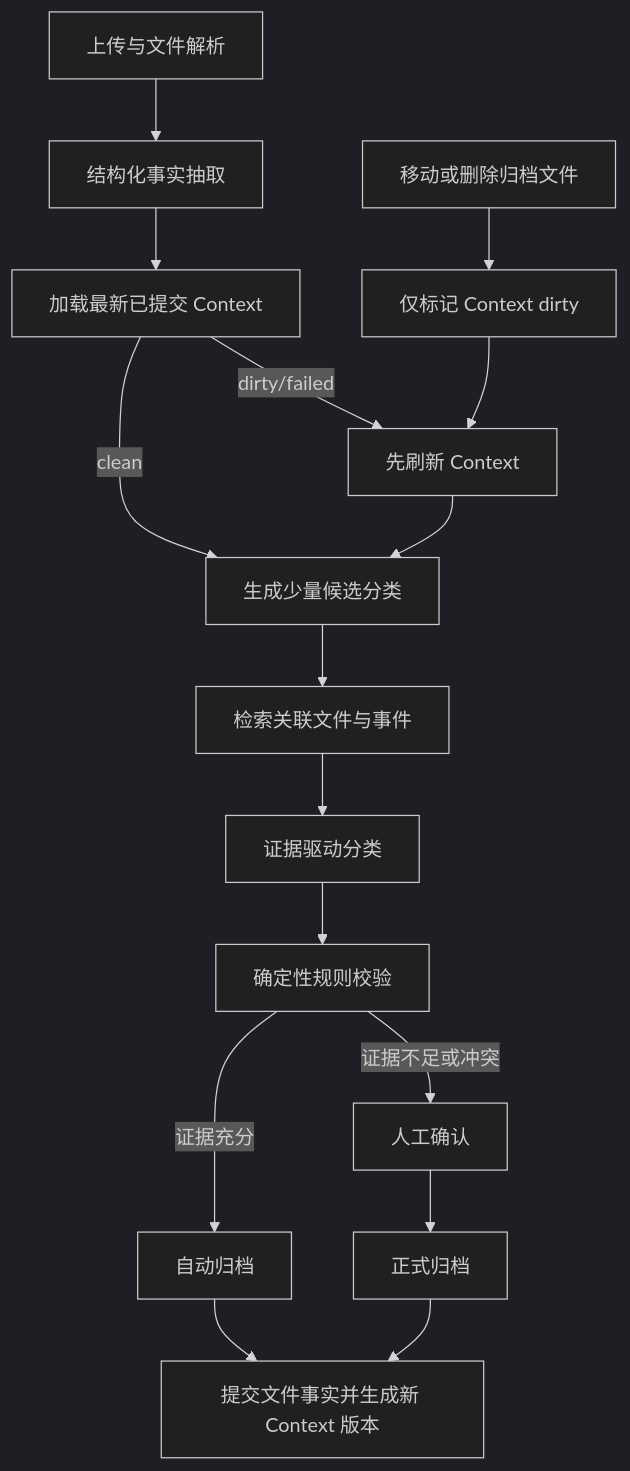
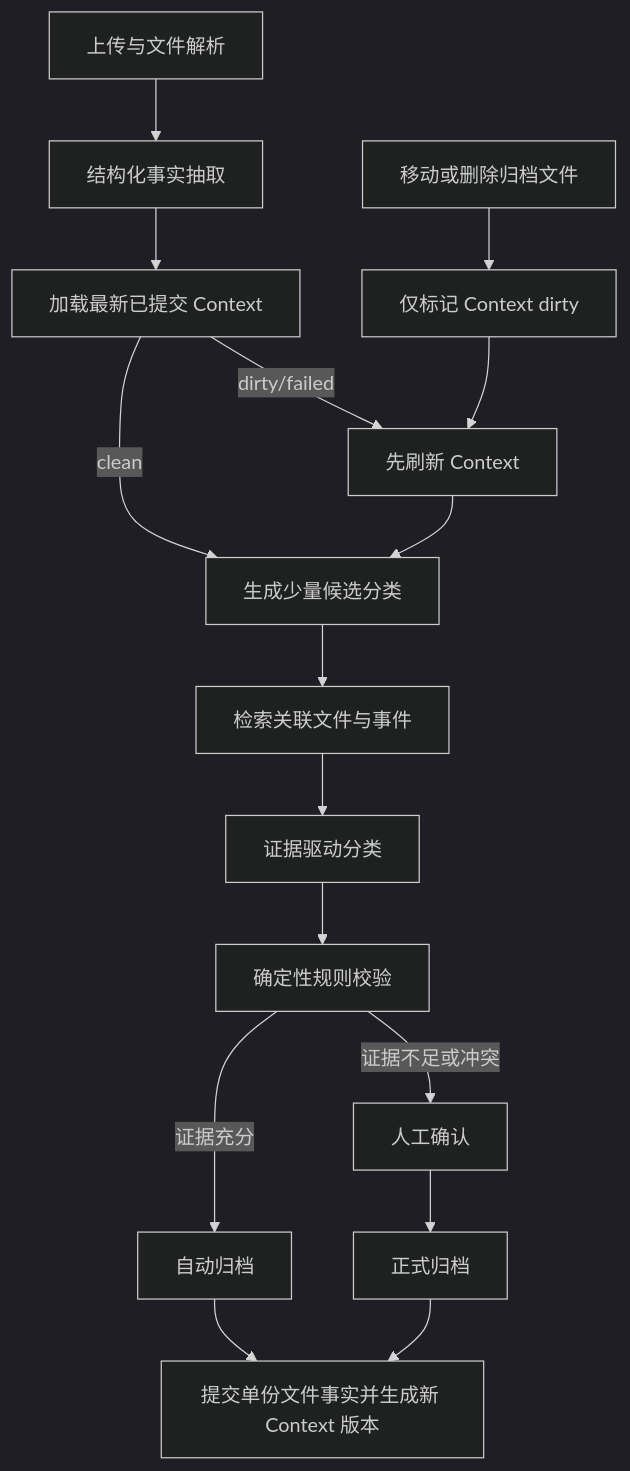
One commit to MichaelTQ/Investment-Project-File-Management-System changed the diagram in NEXT_STAGE_AGENT_IMPLEMENTATION_PLAN.md. Above: the diagram before and after it, drawn with Mermaid (dark theme). The commit also changed other lines of this file and 16 other files, not shown here.

````diff
--- a/NEXT_STAGE_AGENT_IMPLEMENTATION_PLAN.md
+++ b/NEXT_STAGE_AGENT_IMPLEMENTATION_PLAN.md
@@ -148,18 +150,18 @@
 ```mermaid
 flowchart TD
     A["上传与文件解析"] --> B["结构化事实抽取"]
     B --> C["加载最新已提交 Context"]
     C -->|"dirty/failed"| D["先刷新 Context"]
     C -->|"clean"| E["生成少量候选分类"]
     D --> E
     E --> F["检索关联文件与事件"]
     F --> G["证据驱动分类"]
     G --> H["确定性规则校验"]
     H -->|"证据充分"| I["自动归档"]
     H -->|"证据不足或冲突"| J["人工确认"]
     J --> K["正式归档"]
-    I --> L["提交文件事实并生成新 Context 版本"]
+    I --> L["提交单份文件事实并生成新 Context 版本"]
     K --> L
     M["移动或删除归档文件"] --> N["仅标记 Context dirty"]
     N --> D
 ```
````
